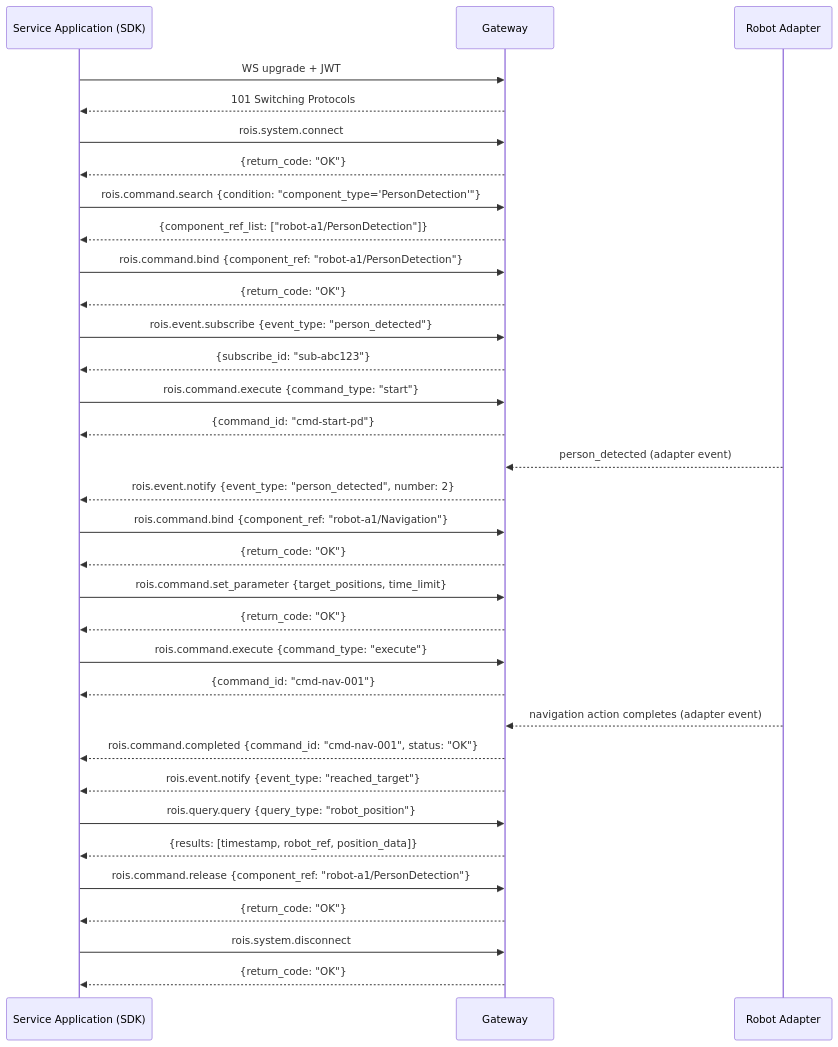
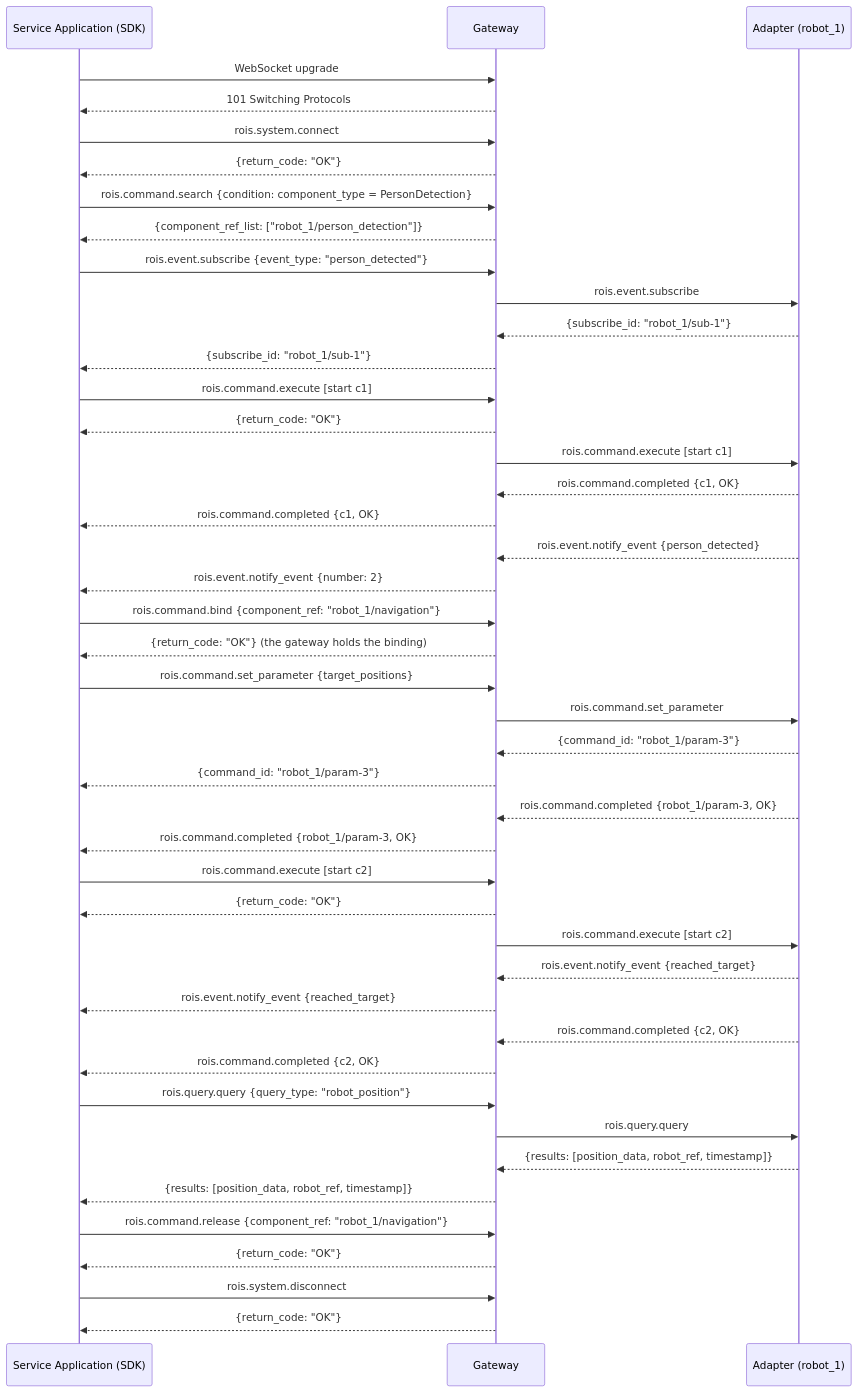
The ninth of 18 diagrams in docs/white-paper.md (openrois/openrois), drawn with Mermaid before and after one commit. The commit also changed other lines of this file and 167 other files, not shown here.

````diff
--- a/docs/white-paper.md
+++ b/docs/white-paper.md
@@ -1368,49 +1305,58 @@
 ```mermaid
 sequenceDiagram
     participant Client as Service Application (SDK)
     participant GW as Gateway
-    participant Robot as Robot Adapter
+    participant Robot as Adapter (robot_1)
 
-    Client->>GW: WS upgrade + JWT
+    Client->>GW: WebSocket upgrade
     GW-->>Client: 101 Switching Protocols
 
     Client->>GW: rois.system.connect
     GW-->>Client: {return_code: "OK"}
 
-    Client->>GW: rois.command.search {condition: "component_type='PersonDetection'"}
-    GW-->>Client: {component_ref_list: ["robot-a1/PersonDetection"]}
-
-    Client->>GW: rois.command.bind {component_ref: "robot-a1/PersonDetection"}
-    GW-->>Client: {return_code: "OK"}
+    Client->>GW: rois.command.search {condition: component_type = PersonDetection}
+    GW-->>Client: {component_ref_list: ["robot_1/person_detection"]}
 
     Client->>GW: rois.event.subscribe {event_type: "person_detected"}
-    GW-->>Client: {subscribe_id: "sub-abc123"}
+    GW->>Robot: rois.event.subscribe
+    Robot-->>GW: {subscribe_id: "robot_1/sub-1"}
+    GW-->>Client: {subscribe_id: "robot_1/sub-1"}
 
-    Client->>GW: rois.command.execute {command_type: "start"}
-    GW-->>Client: {command_id: "cmd-start-pd"}
+    Client->>GW: rois.command.execute [start c1]
+    GW-->>Client: {return_code: "OK"}
+    GW->>Robot: rois.command.execute [start c1]
+    Robot-->>GW: rois.command.completed {c1, OK}
+    GW-->>Client: rois.command.completed {c1, OK}
 
-    Robot-->>GW: person_detected (adapter event)
-    GW-->>Client: rois.event.notify {event_type: "person_detected", number: 2}
+    Robot-->>GW: rois.event.notify_event {person_detected}
+    GW-->>Client: rois.event.notify_event {number: 2}
 
-    Client->>GW: rois.command.bind {component_ref: "robot-a1/Navigation"}
+    Client->>GW: rois.command.bind {component_ref: "robot_1/navigation"}
+    GW-->>Client: {return_code: "OK"} (the gateway holds the binding)
+
+    Client->>GW: rois.command.set_parameter {target_positions}
+    GW->>Robot: rois.command.set_parameter
+    Robot-->>GW: {command_id: "robot_1/param-3"}
+    GW-->>Client: {command_id: "robot_1/param-3"}
+    Robot-->>GW: rois.command.completed {robot_1/param-3, OK}
+    GW-->>Client: rois.command.completed {robot_1/param-3, OK}
+
+    Client->>GW: rois.command.execute [start c2]
     GW-->>Client: {return_code: "OK"}
-
-    Client->>GW: rois.command.set_parameter {target_positions, time_limit}
-    GW-->>Client: {return_code: "OK"}
-
-    Client->>GW: rois.command.execute {command_type: "execute"}
-    GW-->>Client: {command_id: "cmd-nav-001"}
-
-    Robot-->>GW: navigation action completes (adapter event)
-    GW-->>Client: rois.command.completed {command_id: "cmd-nav-001", status: "OK"}
-    GW-->>Client: rois.event.notify {event_type: "reached_target"}
+    GW->>Robot: rois.command.execute [start c2]
+    Robot-->>GW: rois.event.notify_event {reached_target}
+    GW-->>Client: rois.event.notify_event {reached_target}
+    Robot-->>GW: rois.command.completed {c2, OK}
+    GW-->>Client: rois.command.completed {c2, OK}
 
     Client->>GW: rois.query.query {query_type: "robot_position"}
-    GW-->>Client: {results: [timestamp, robot_ref, position_data]}
+    GW->>Robot: rois.query.query
+    Robot-->>GW: {results: [position_data, robot_ref, timestamp]}
+    GW-->>Client: {results: [position_data, robot_ref, timestamp]}
 
-    Client->>GW: rois.command.release {component_ref: "robot-a1/PersonDetection"}
+    Client->>GW: rois.command.release {component_ref: "robot_1/navigation"}
     GW-->>Client: {return_code: "OK"}
 
     Client->>GW: rois.system.disconnect
     GW-->>Client: {return_code: "OK"}
 ```
````
